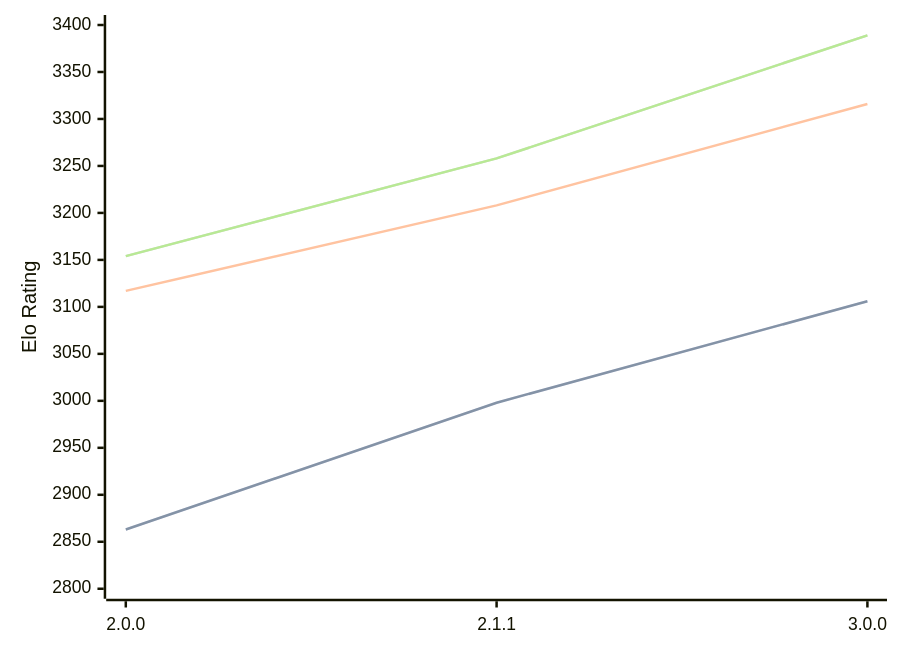
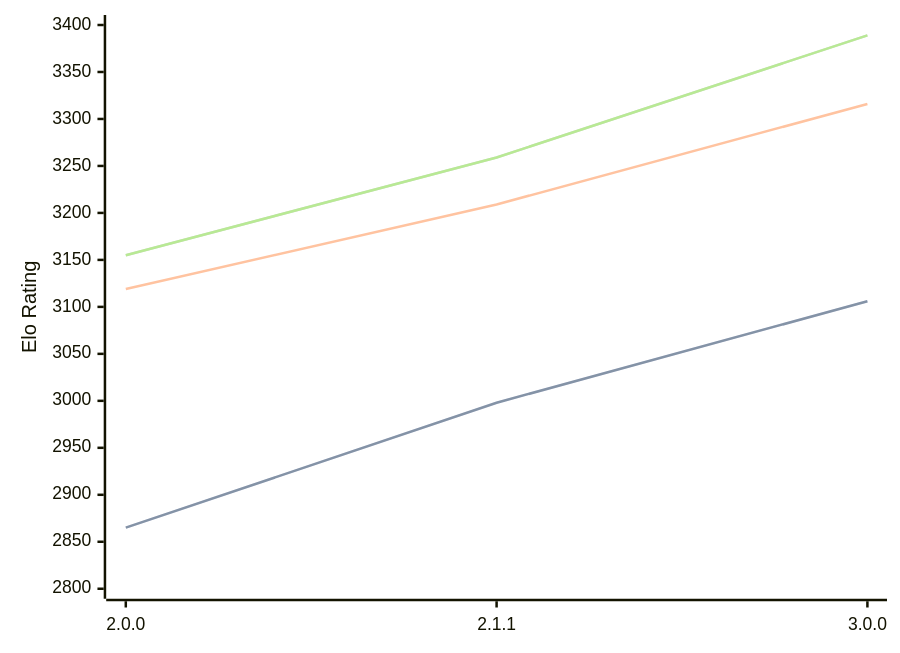
Before and after one commit to computer-chess-index/cci: the diagram in engines/Bread.md, drawn with Mermaid. The commit also changed other lines of this file, not shown here.

Commit message:
Update CCI Ratings (ELO VLTC) - 2026-09-13

````diff
--- a/engines/Bread.md
+++ b/engines/Bread.md
@@ -36,11 +36,11 @@
 ```mermaid
 %%{init: {"theme":"base","themeVariables":{"seriesColors:['#a3a3a3','#222221','#faa371']}}}%%
 xychart-beta
   x-axis ["2.0.0", "2.1.1", "3.0.0"]
   y-axis "Elo Rating" 2800 --> 3400
-  line "" [2863, 2998, 3106]
-  line "STC (8.0+0.08s)" [2863, 2998, 3106]
-  line "LTC (60.0+0.60s)" [3117, 3208, 3316]
-  line "" [3154, 3258, 3389]
-  line "VLTC (2m24s+1.12s)" [3154, 3258, 3389]
+  line "" [2865, 2998, 3106]
+  line "STC (8.0+0.08s)" [2865, 2998, 3106]
+  line "LTC (60.0+0.60s)" [3119, 3209, 3316]
+  line "" [3155, 3259, 3389]
+  line "VLTC (2m24s+1.12s)" [3155, 3259, 3389]
 ```
````
